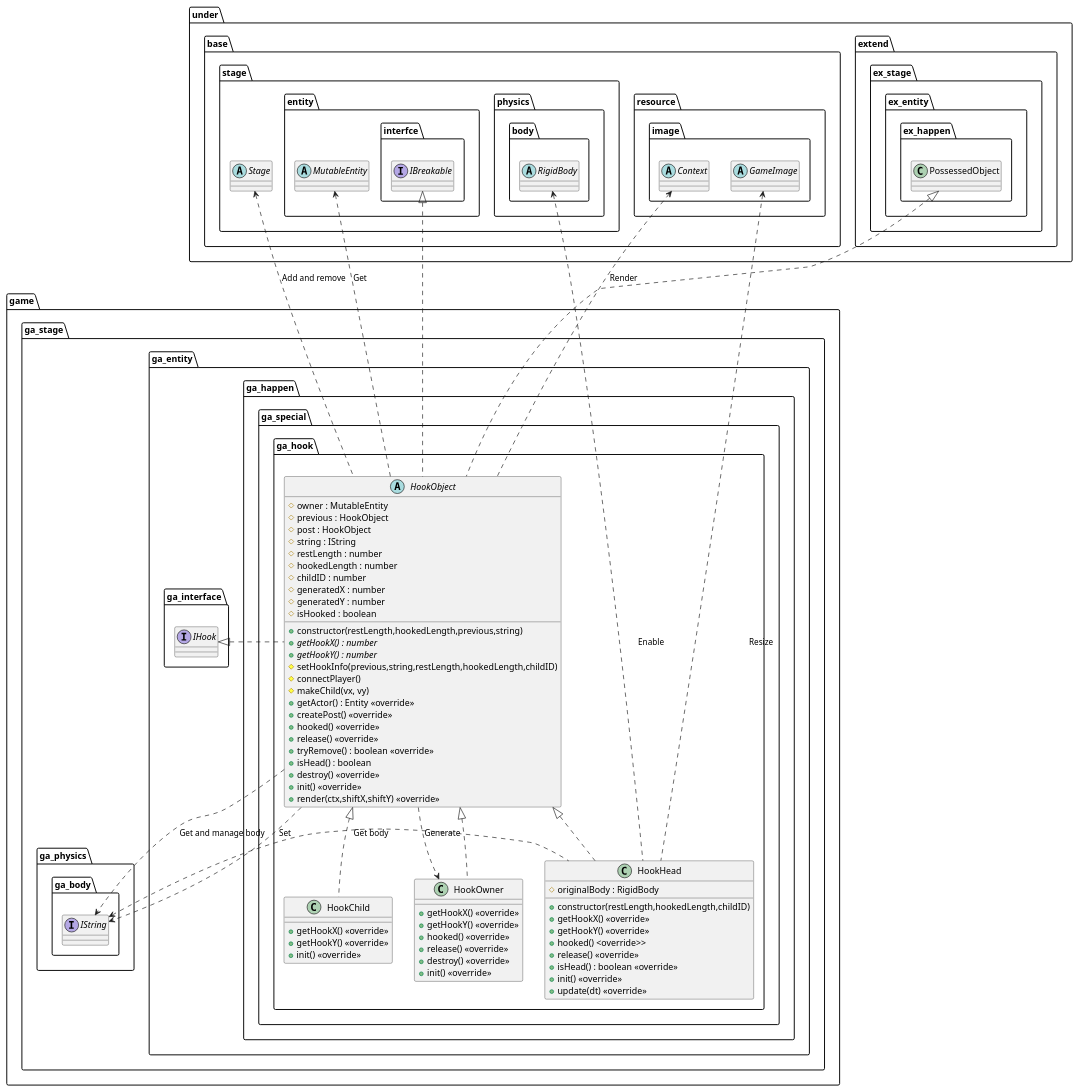
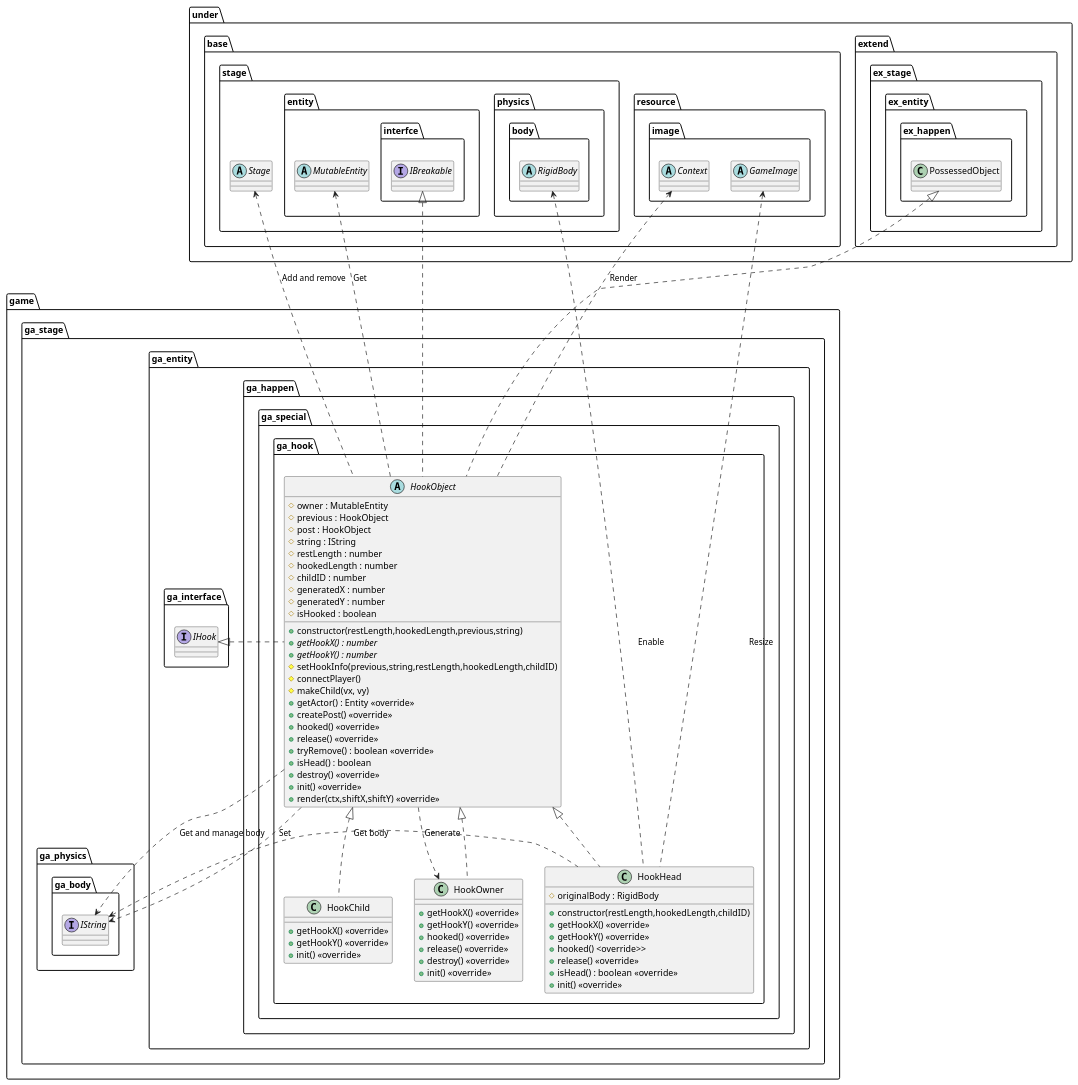
One commit to Expine/Under changed the diagram in uml/entity/GameHook.wsd. Above: the diagram before and after it, drawn with PlantUML. The commit also changed 45 other files, not shown here.

```diff
--- a/uml/entity/GameHook.wsd
+++ b/uml/entity/GameHook.wsd
@@ -1,132 +1,131 @@
 @startuml EntityGameHook
 package game {
     package ga_stage {
         package ga_entity {
             package ga_happen {
                 package ga_special {
                     package ga_hook {
                         abstract HookObject {
                             +constructor(restLength,hookedLength,previous,string)
                             #owner : MutableEntity
                             #previous : HookObject
                             #post : HookObject
                             #string : IString
                             #restLength : number
                             #hookedLength : number
                             #childID : number
                             #generatedX : number
                             #generatedY : number
                             #isHooked : boolean
                             {abstract} +getHookX() : number
                             {abstract} +getHookY() : number
                             #setHookInfo(previous,string,restLength,hookedLength,childID)
                             #connectPlayer()
                             #makeChild(vx, vy)
                             +getActor() : Entity <<override>>
                             +createPost() <<override>>
                             +hooked() <<override>>
                             +release() <<override>>
                             +tryRemove() : boolean <<override>>
                             +isHead() : boolean
                             +destroy() <<override>>
                             +init() <<override>>
                             +render(ctx,shiftX,shiftY) <<override>>
                         }
                         class HookHead {
                             +constructor(restLength,hookedLength,childID)
                             #originalBody : RigidBody
                             +getHookX() <<override>>
                             +getHookY() <<override>>
                             +hooked() <override>>
                             +release() <<override>>
                             +isHead() : boolean <<override>>
                             +init() <<override>>
-                            +update(dt) <<override>>
                         }
                         class HookChild {
                             +getHookX() <<override>>
                             +getHookY() <<override>>
                             +init() <<override>>
                         }
                         class HookOwner {
                             +getHookX() <<override>>
                             +getHookY() <<override>>
                             +hooked() <<override>>
                             +release() <<override>>
                             +destroy() <<override>>
                             +init() <<override>>
                         }
                     }
                 }
             }
         }
     }
 }
 
 package under {
     package base {
         package resource {
             package image {
                 abstract Context
                 abstract GameImage
             }
         }
         package stage {
             abstract Stage
             package entity {
                 abstract MutableEntity
                 package interfce {
                     interface IBreakable
                 }
             }
             package physics {
                 package body {
                     abstract RigidBody
                 }
             }
         }
     }
     package extend {
         package ex_stage {
             package ex_entity {
                 package ex_happen {
                     class PossessedObject
                 }
             }
         }
     }
 }
 package game {
     package ga_stage {
         package ga_entity {
             package ga_interface {
                 interface IHook
             }
         }
         package ga_physics {
             package ga_body {
                 interface IString
             }
         }
     }
 }
 
 MutableEntity <.. HookObject : Get
 HookObject ..> IString: Get and manage body
 HookObject ..> HookOwner : Generate
 Context <.. HookObject : Render
 Stage <.. HookObject : Add and remove
 
 GameImage <... HookHead : Resize
 HookObject ..> IString : Set
 RigidBody <... HookHead : Enable
 IString <. HookHead : Get body
 
 PossessedObject <|.. HookObject
 IBreakable <|.. HookObject
 IHook <|. HookObject
 HookObject <|.. HookHead
 HookObject <|.. HookChild
 HookObject <|.. HookOwner
 
 @enduml
```
